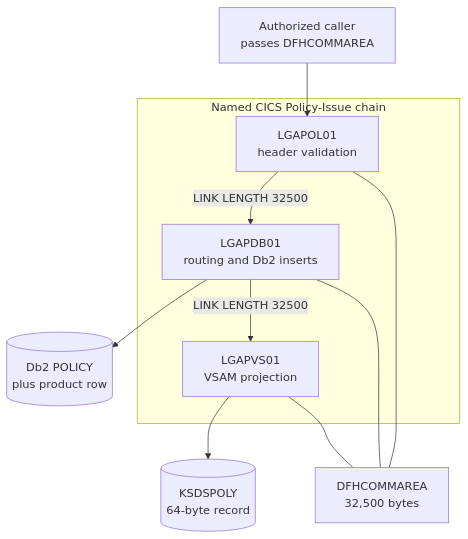
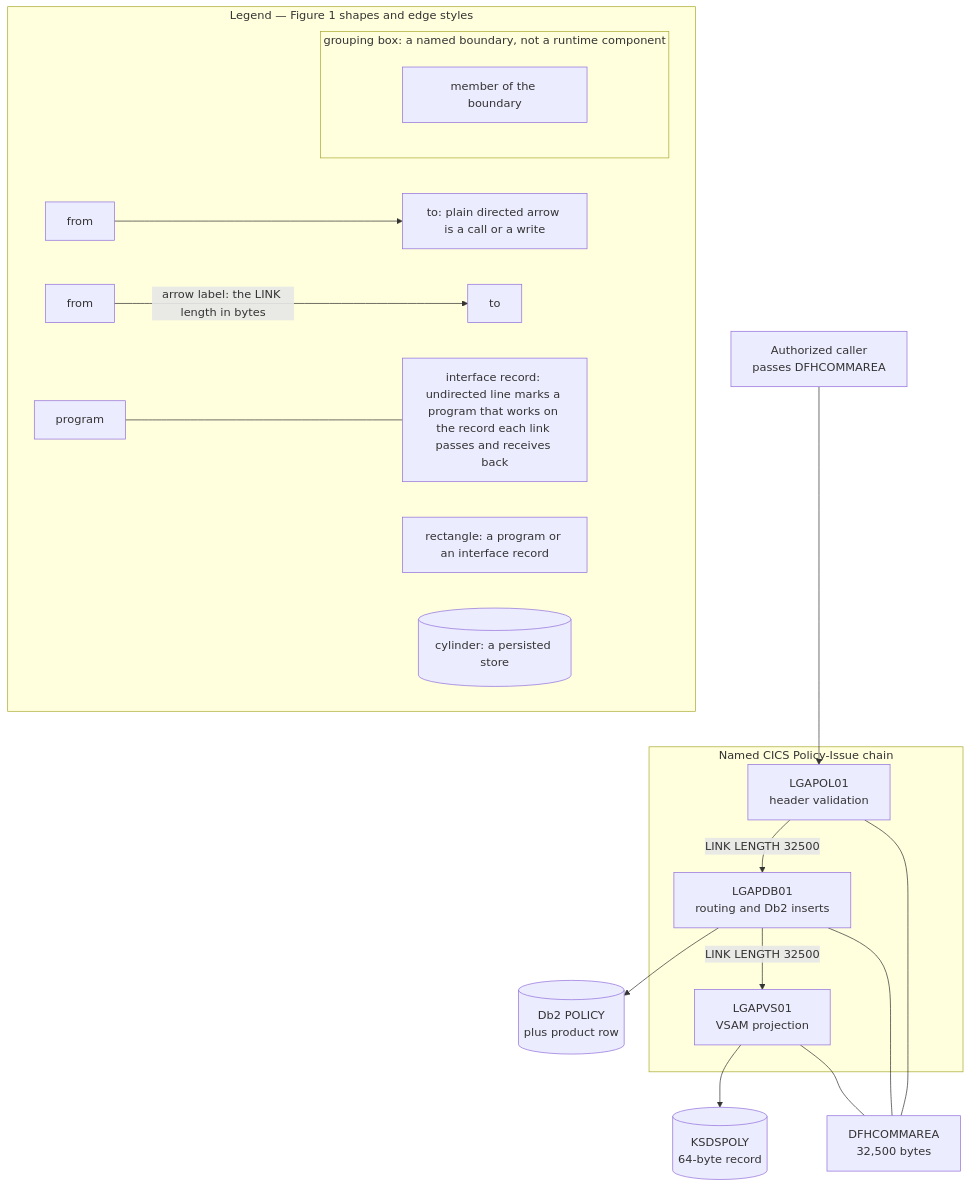
One commit to blitzy-public-samples/cics-genapp-cobrix changed the first of 5 diagrams in modernization/docs/architecture.md. Above: the diagram before and after it, drawn with Mermaid. The commit also changed other lines of this file and 14 other files, not shown here.

````diff
--- a/modernization/docs/architecture.md
+++ b/modernization/docs/architecture.md
@@ -28,23 +52,35 @@
 ```mermaid
 flowchart TD
     CALLER["Authorized caller<br/>passes DFHCOMMAREA"]
 
     subgraph CHAIN["Named CICS Policy-Issue chain"]
         P1["LGAPOL01<br/>header validation"]
         P2["LGAPDB01<br/>routing and Db2 inserts"]
         P3["LGAPVS01<br/>VSAM projection"]
     end
 
     COMM["DFHCOMMAREA<br/>32,500 bytes"]
     DB2[("Db2 POLICY<br/>plus product row")]
     VSAM[("KSDSPOLY<br/>64-byte record")]
 
     CALLER --> P1
     P1 -->|"LINK LENGTH 32500"| P2
     P2 --> DB2
     P2 -->|"LINK LENGTH 32500"| P3
     P3 --> VSAM
     P1 --- COMM
     P2 --- COMM
     P3 --- COMM
+
+    subgraph LEGEND1["Legend — Figure 1 shapes and edge styles"]
+        direction LR
+        L1A["rectangle: a program or an interface record"]
+        L1B[("cylinder: a persisted store")]
+        L1C["from"] --> L1D["to: plain directed arrow is a call or a write"]
+        L1E["from"] -->|"arrow label: the LINK length in bytes"| L1F["to"]
+        L1G["program"] --- L1H["interface record: undirected line marks a program that works on the record each link passes and receives back"]
+        subgraph L1BOX["grouping box: a named boundary, not a runtime component"]
+            L1I["member of the boundary"]
+        end
+    end
 ```
````
